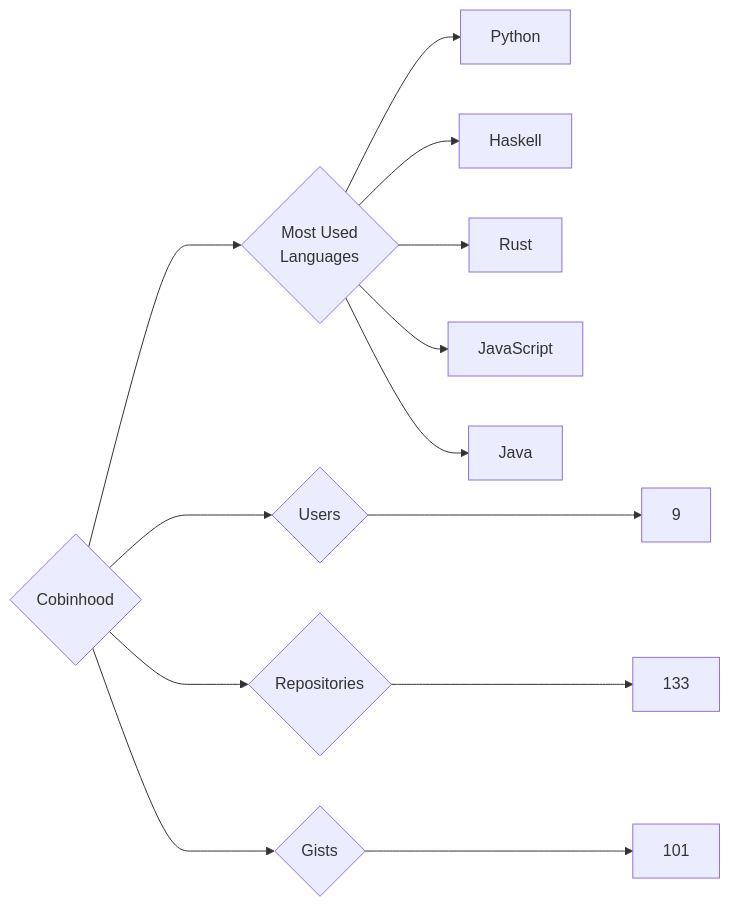
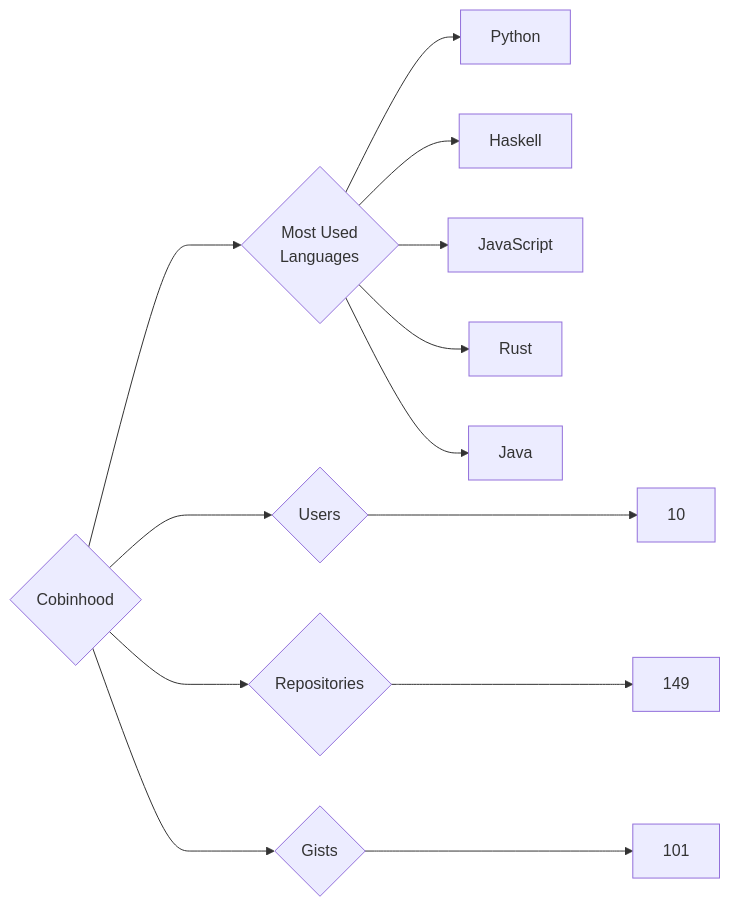
One commit to trickest/insiders changed the diagram in targets/Cobinhood/README.md. Above: the diagram before and after it, drawn with Mermaid. The commit also changed 1007 other files, not shown here.

````diff
--- a/targets/Cobinhood/README.md
+++ b/targets/Cobinhood/README.md
@@ -3,13 +3,13 @@
 ```mermaid
 graph LR
 COMPANY_NAME{Cobinhood}
-COMPANY_NAME ---> U{Users} ---> UN[9]
-COMPANY_NAME ---> R{Repositories} ---> RN[133]
+COMPANY_NAME ---> U{Users} ---> UN[10]
+COMPANY_NAME ---> R{Repositories} ---> RN[149]
 COMPANY_NAME ---> G{Gists} ---> GN[101]
 COMPANY_NAME ---> ML{Most Used<br>Languages}
 ML --> Python[Python]
 ML --> Haskell[Haskell]
+ML --> JavaScript[JavaScript]
 ML --> Rust[Rust]
-ML --> JavaScript[JavaScript]
 ML --> Java[Java]
 ```
````
